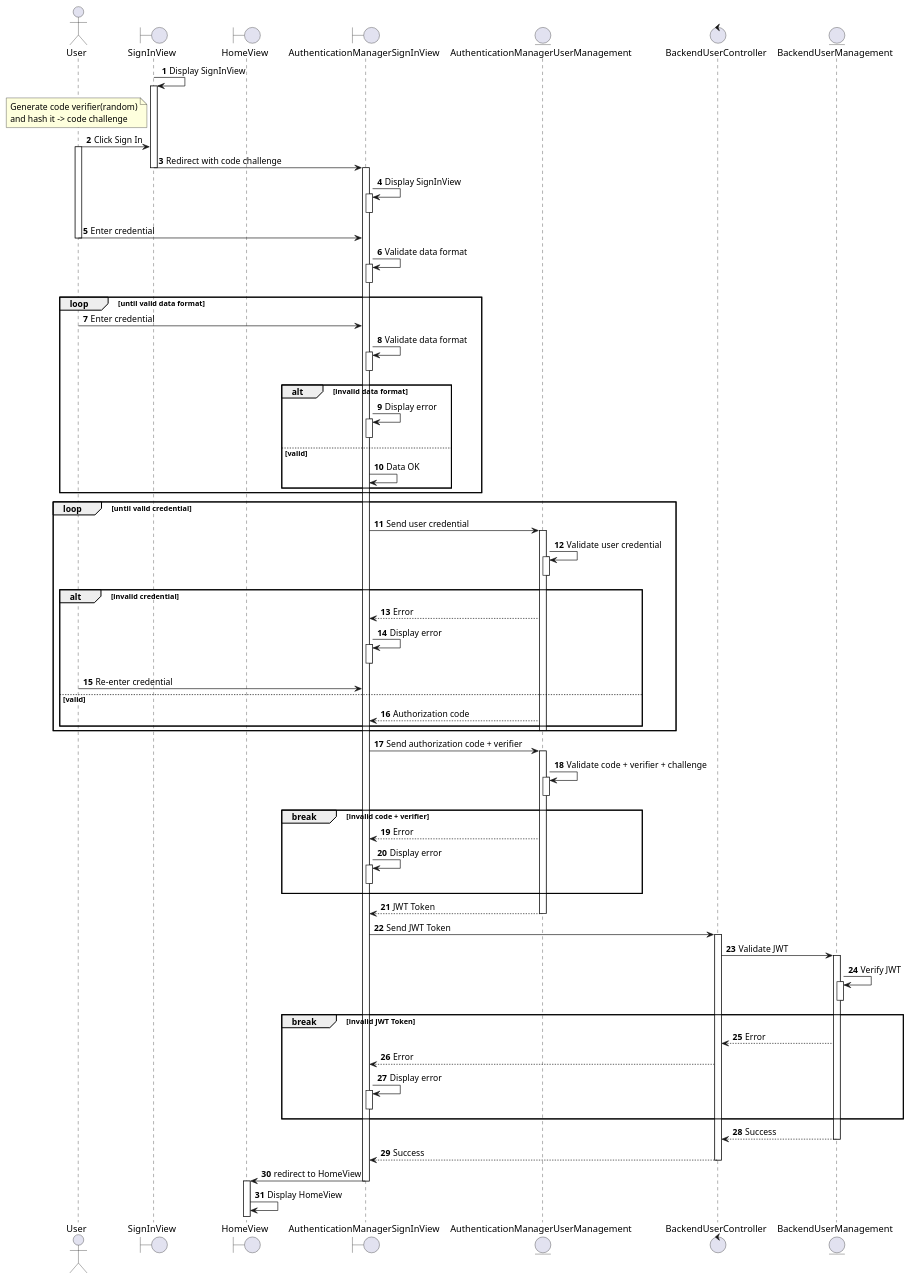
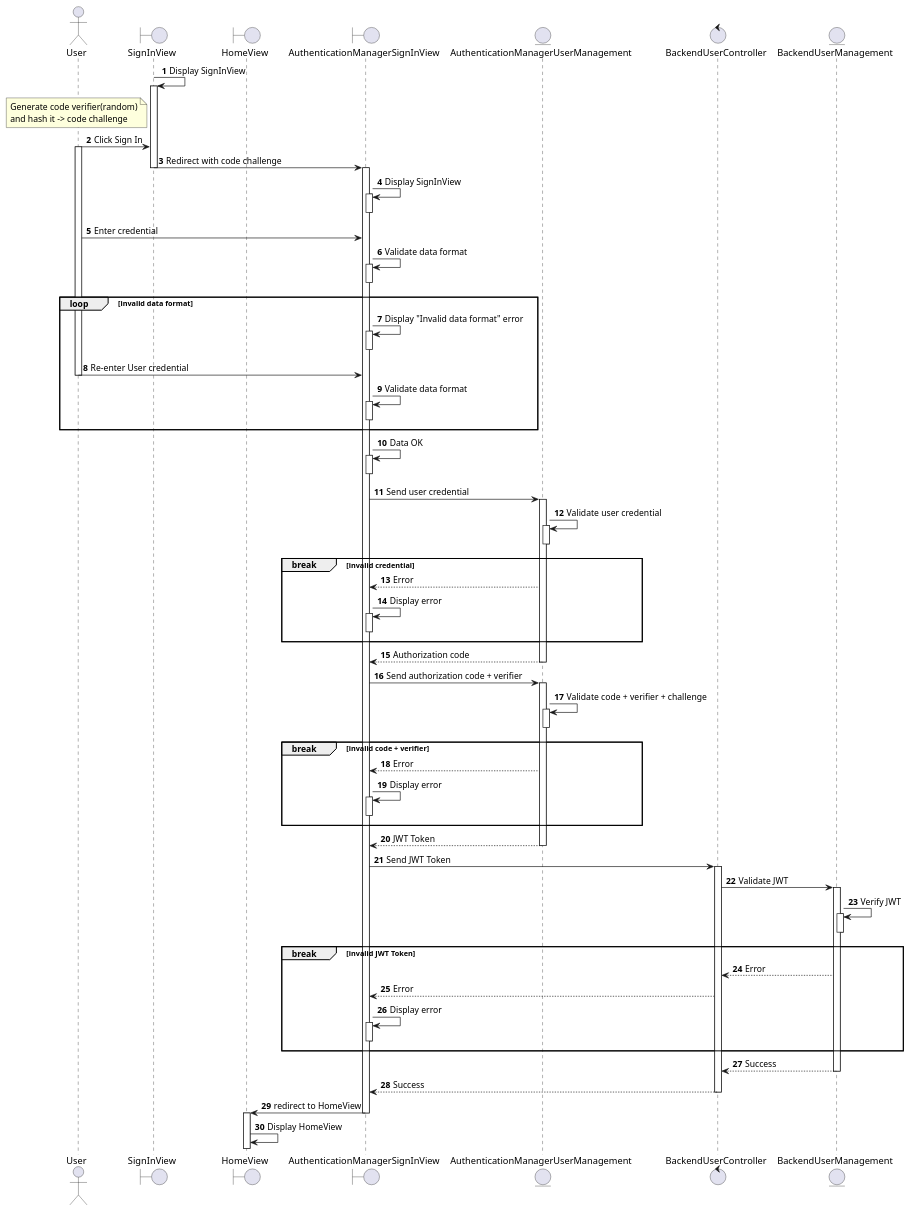
The diagram in docs/docs/sequence/auth/sign-in.md (electricilies/electricilies.github.io), drawn with PlantUML before and after one commit. The commit also changed 1 other file, not shown here.

Commit message:
fix(sign-in,sign-up): loop

```diff
--- a/docs/docs/sequence/auth/sign-in.md
+++ b/docs/docs/sequence/auth/sign-in.md
@@ -25,48 +25,39 @@
 activate AMSIV
 deactivate AMSIV
 U -> AMSIV : Enter credential
-deactivate U
+
 AMSIV -> AMSIV: Validate data format
 activate AMSIV
 deactivate AMSIV
-
-loop until valid data format
-  U -> AMSIV : Enter credential
+loop invalid data format
+  AMSIV -> AMSIV: Display "Invalid data format" error
+  activate AMSIV
+  deactivate AMSIV
+  U -> AMSIV: Re-enter User credential
   deactivate U
   AMSIV -> AMSIV: Validate data format
   activate AMSIV
   deactivate AMSIV
+end
+AMSIV -> AMSIV: Data OK
+activate AMSIV
+deactivate AMSIV
+AMSIV -> AMUM: Send user credential
+activate AMUM
 
-  alt invalid data format
-    AMSIV -> AMSIV: Display error
-    activate AMSIV
-    deactivate AMSIV
-  else valid
-    AMSIV -> AMSIV: Data OK
+AMUM -> AMUM: Validate user credential
+activate AMUM
+deactivate AMUM
 
-  end
+break invalid credential
+  AMSIV <-- AMUM: Error
+  AMSIV -> AMSIV: Display error
+  activate AMSIV
+  deactivate AMSIV
+  deactivate U
 end
-
-loop until valid credential
-  AMSIV -> AMUM: Send user credential
-  activate AMUM
-
-  AMUM -> AMUM: Validate user credential
-  activate AMUM
-  deactivate AMUM
-
-  alt invalid credential
-    AMSIV <-- AMUM: Error
-    AMSIV -> AMSIV: Display error
-    activate AMSIV
-    deactivate AMSIV
-    U -> AMSIV : Re-enter credential
-    deactivate U
-  else valid
-    AMSIV <-- AMUM: Authorization code
-  end
-  deactivate AMUM
-end
+AMSIV <-- AMUM: Authorization code
+deactivate AMUM
 
 AMSIV -> AMUM: Send authorization code + verifier
 activate AMUM
```
